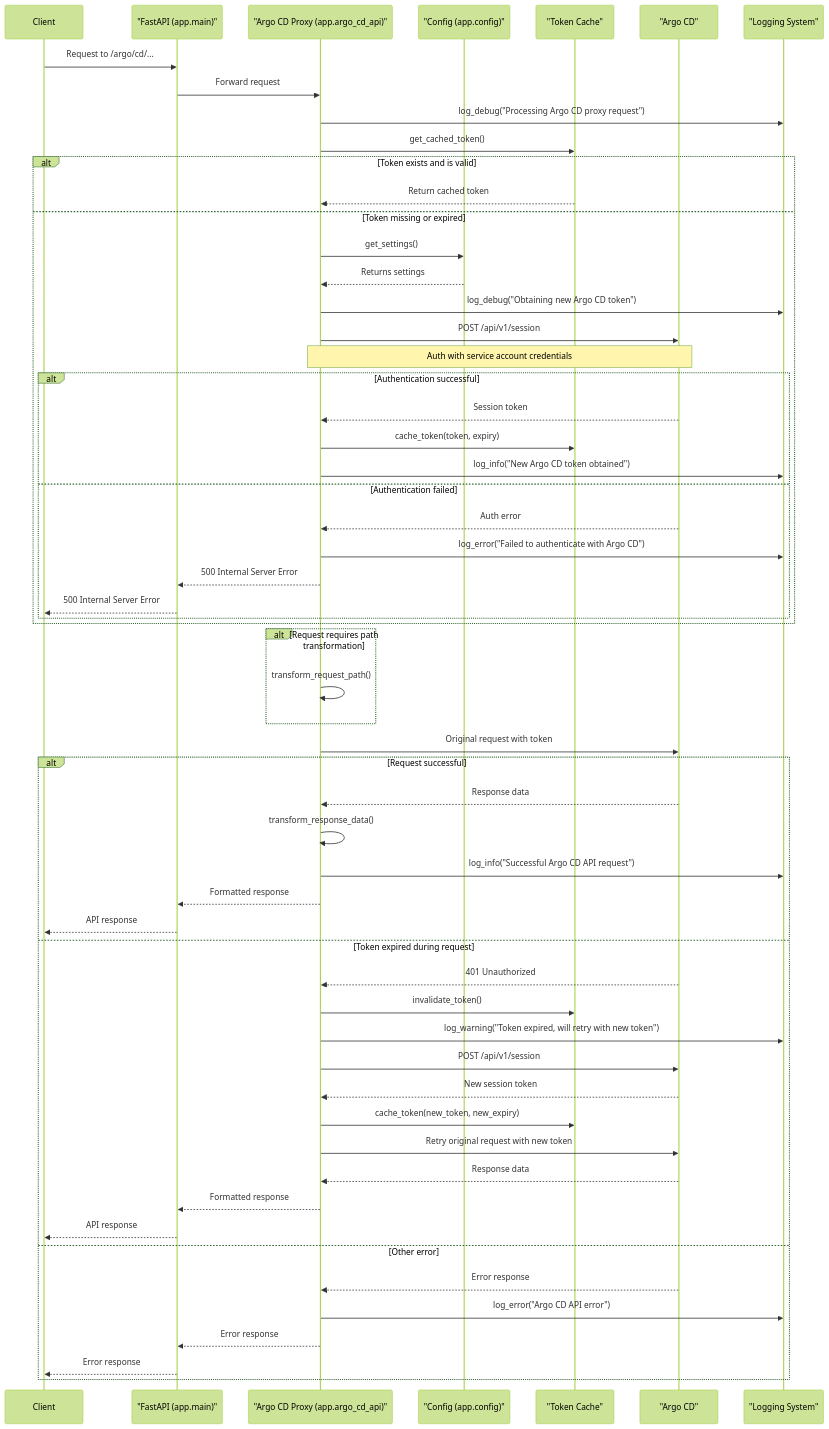
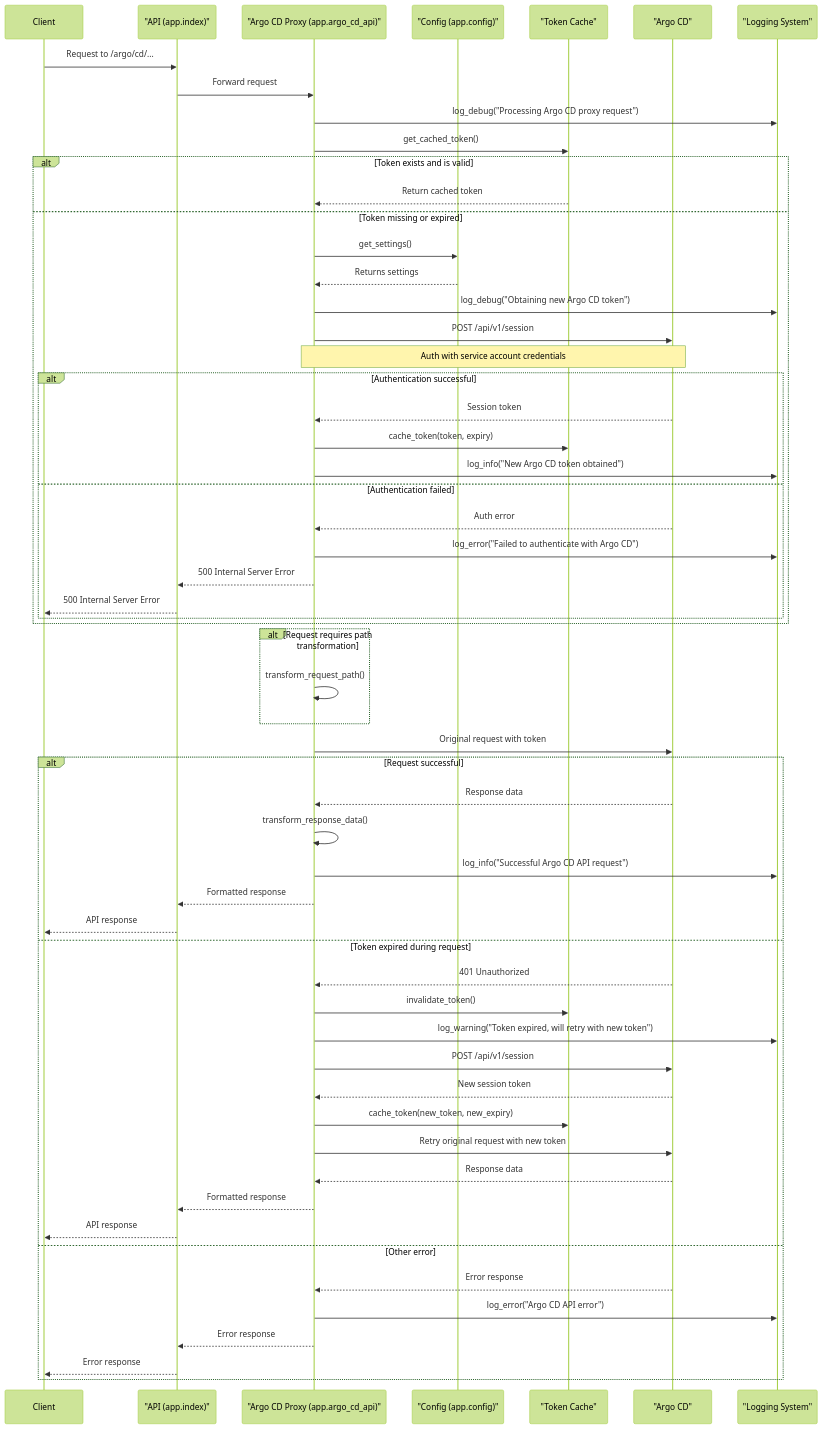
One commit to lloydchang/tvp-k8s changed the diagram in api/mermaid/argo-cd-proxy-sequence.mermaid. Above: the diagram before and after it, drawn with Mermaid (forest theme). The commit also changed 5 other files, not shown here.

```diff
--- a/api/mermaid/argo-cd-proxy-sequence.mermaid
+++ b/api/mermaid/argo-cd-proxy-sequence.mermaid
@@ -1,68 +1,68 @@
 sequenceDiagram
     participant Client
-    participant FastAPI as "FastAPI (app.main)"
+    participant API as "API (app.index)"
     participant ArgoCDProxy as "Argo CD Proxy (app.argo_cd_api)"
     participant Config as "Config (app.config)"
     participant TokenCache as "Token Cache"
     participant ArgoCD as "Argo CD"
     participant Logger as "Logging System"
     
-    Client->>FastAPI: Request to /argo/cd/...
-    FastAPI->>ArgoCDProxy: Forward request
+    Client->>API: Request to /argo/cd/...
+    API->>ArgoCDProxy: Forward request
     ArgoCDProxy->>Logger: log_debug("Processing Argo CD proxy request")
     
     ArgoCDProxy->>TokenCache: get_cached_token()
     
     alt Token exists and is valid
         TokenCache-->>ArgoCDProxy: Return cached token
     else Token missing or expired
         ArgoCDProxy->>Config: get_settings()
         Config-->>ArgoCDProxy: Returns settings
         
         ArgoCDProxy->>Logger: log_debug("Obtaining new Argo CD token")
         ArgoCDProxy->>ArgoCD: POST /api/v1/session
         Note over ArgoCDProxy,ArgoCD: Auth with service account credentials
         
         alt Authentication successful
             ArgoCD-->>ArgoCDProxy: Session token
             ArgoCDProxy->>TokenCache: cache_token(token, expiry)
             ArgoCDProxy->>Logger: log_info("New Argo CD token obtained")
         else Authentication failed
             ArgoCD-->>ArgoCDProxy: Auth error
             ArgoCDProxy->>Logger: log_error("Failed to authenticate with Argo CD")
-            ArgoCDProxy-->>FastAPI: 500 Internal Server Error
-            FastAPI-->>Client: 500 Internal Server Error
+            ArgoCDProxy-->>API: 500 Internal Server Error
+            API-->>Client: 500 Internal Server Error
         end
     end
     
     alt Request requires path transformation
         ArgoCDProxy->>ArgoCDProxy: transform_request_path()
     end
     
     ArgoCDProxy->>ArgoCD: Original request with token
     
     alt Request successful
         ArgoCD-->>ArgoCDProxy: Response data
         ArgoCDProxy->>ArgoCDProxy: transform_response_data()
         ArgoCDProxy->>Logger: log_info("Successful Argo CD API request")
-        ArgoCDProxy-->>FastAPI: Formatted response
-        FastAPI-->>Client: API response
+        ArgoCDProxy-->>API: Formatted response
+        API-->>Client: API response
     else Token expired during request
         ArgoCD-->>ArgoCDProxy: 401 Unauthorized
         ArgoCDProxy->>TokenCache: invalidate_token()
         ArgoCDProxy->>Logger: log_warning("Token expired, will retry with new token")
         
         ArgoCDProxy->>ArgoCD: POST /api/v1/session
         ArgoCD-->>ArgoCDProxy: New session token
         ArgoCDProxy->>TokenCache: cache_token(new_token, new_expiry)
         
         ArgoCDProxy->>ArgoCD: Retry original request with new token
         ArgoCD-->>ArgoCDProxy: Response data
-        ArgoCDProxy-->>FastAPI: Formatted response
-        FastAPI-->>Client: API response
+        ArgoCDProxy-->>API: Formatted response
+        API-->>Client: API response
     else Other error
         ArgoCD-->>ArgoCDProxy: Error response
         ArgoCDProxy->>Logger: log_error("Argo CD API error")
-        ArgoCDProxy-->>FastAPI: Error response
-        FastAPI-->>Client: Error response
+        ArgoCDProxy-->>API: Error response
+        API-->>Client: Error response
     end
```
